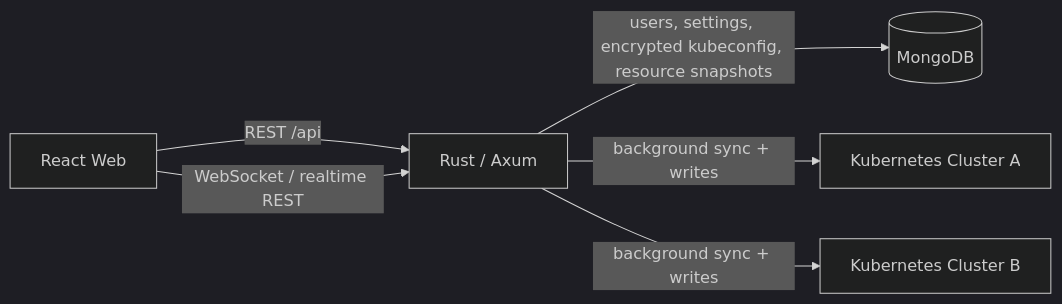
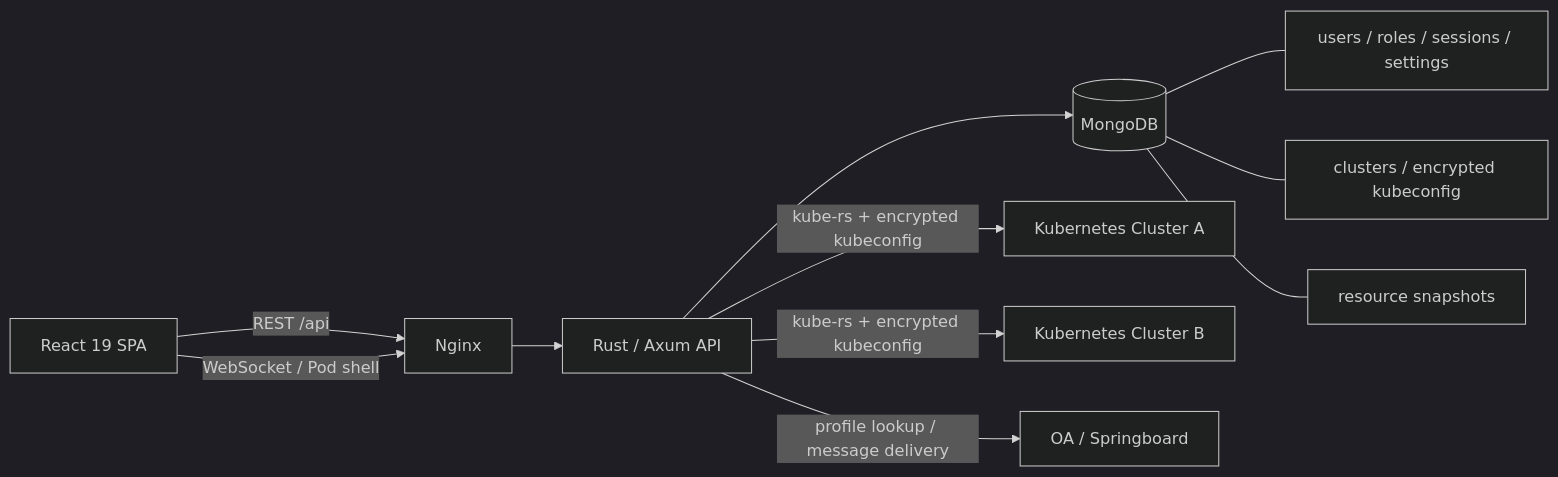
The first of 2 diagrams in README.md (zl875136491/kust), drawn with Mermaid (dark theme) before and after one commit. The commit also changed other lines of this file, not shown here.

````diff
--- a/README.md
+++ b/README.md
@@ -36,8 +100,14 @@
 ```mermaid
 flowchart LR
-  UI["React Web"] -->|REST /api| API["Rust / Axum"]
-  API -->|users, settings, encrypted kubeconfig, resource snapshots| DB[(MongoDB)]
-  API -->|background sync + writes| K1["Kubernetes Cluster A"]
-  API -->|background sync + writes| K2["Kubernetes Cluster B"]
-  UI -->|WebSocket / realtime REST| API
+  Browser["React 19 SPA"] -->|"REST /api"| Nginx["Nginx"]
+  Browser -->|"WebSocket / Pod shell"| Nginx
+  Nginx --> API["Rust / Axum API"]
+  API --> Mongo[("MongoDB")]
+  API -->|"kube-rs + encrypted kubeconfig"| K1["Kubernetes Cluster A"]
+  API -->|"kube-rs + encrypted kubeconfig"| K2["Kubernetes Cluster B"]
+  API -->|"profile lookup / message delivery"| OA["OA / Springboard"]
+
+  Mongo --- Identity["users / roles / sessions / settings"]
+  Mongo --- Clusters["clusters / encrypted kubeconfig"]
+  Mongo --- Snapshots["resource snapshots"]
 ```
````
